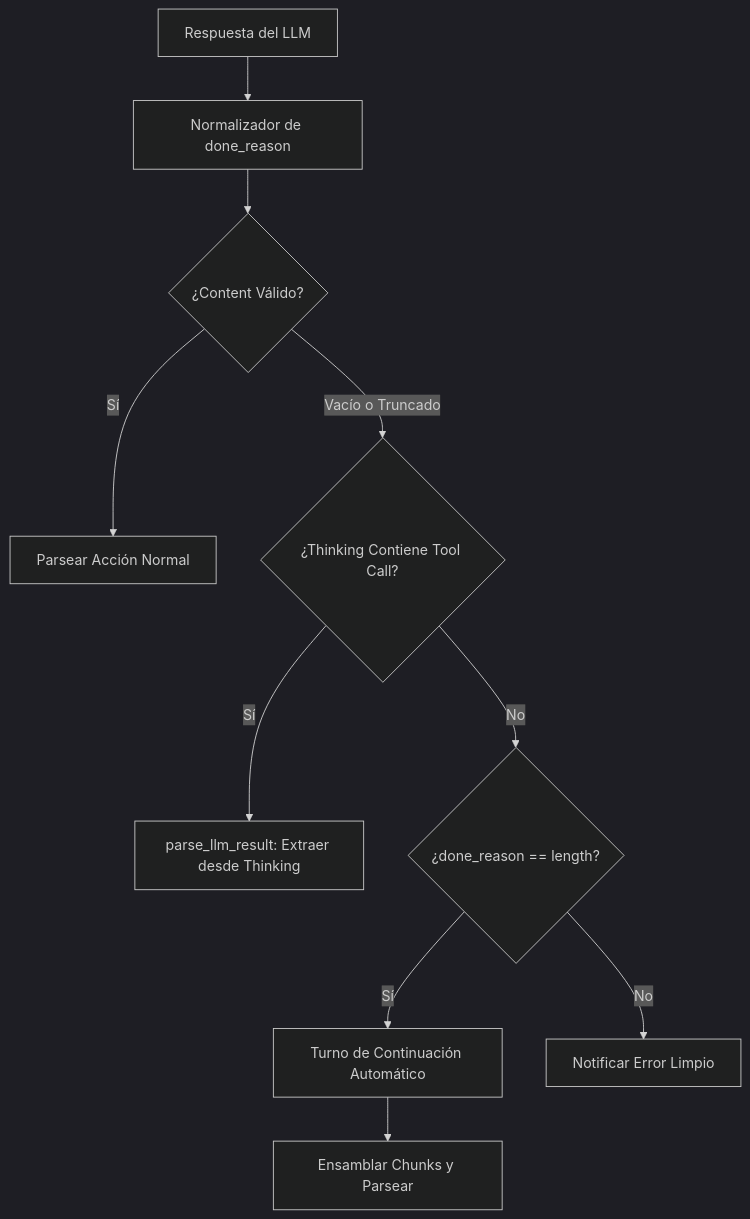
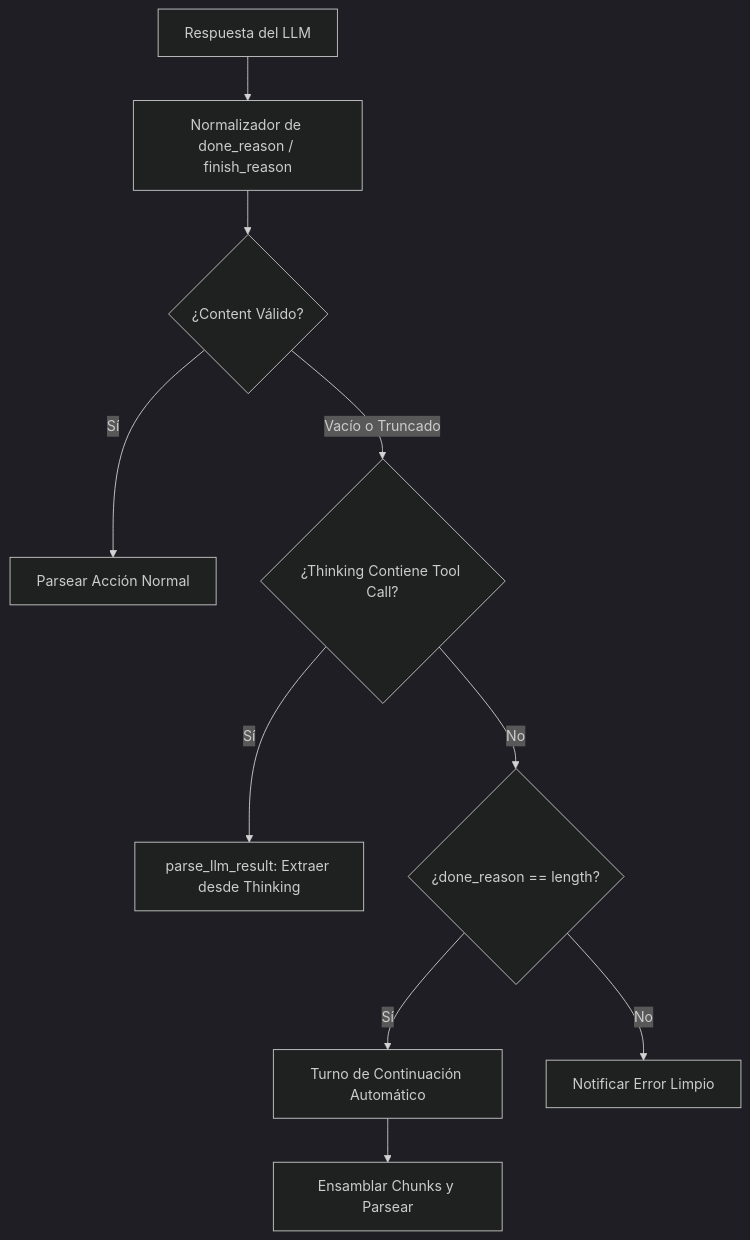
Before and after one commit to anarcoiris/Tiny-Steward: the second of 2 diagrams in plans/master_architecture_improvement_plan.md, drawn with Mermaid (dark theme). The commit also changed other lines of this file, not shown here.

Commit message:
docs: add architectural improvement plan for session immunization, truncation guards, service kernel, and MCP integration

````diff
--- a/plans/master_architecture_improvement_plan.md
+++ b/plans/master_architecture_improvement_plan.md
@@ -71,12 +72,12 @@
 ```mermaid
 graph TD
-    A[Respuesta del LLM] --> B[Normalizador de done_reason]
+    A[Respuesta del LLM] --> B[Normalizador de done_reason / finish_reason]
     B --> C{¿Content Válido?}
     C -->|Sí| D[Parsear Acción Normal]
     C -->|Vacío o Truncado| E{¿Thinking Contiene Tool Call?}
     E -->|Sí| F[parse_llm_result: Extraer desde Thinking]
     E -->|No| G{¿done_reason == length?}
     G -->|Sí| H[Turno de Continuación Automático]
     H --> I[Ensamblar Chunks y Parsear]
     G -->|No| J[Notificar Error Limpio]
 ```
````
